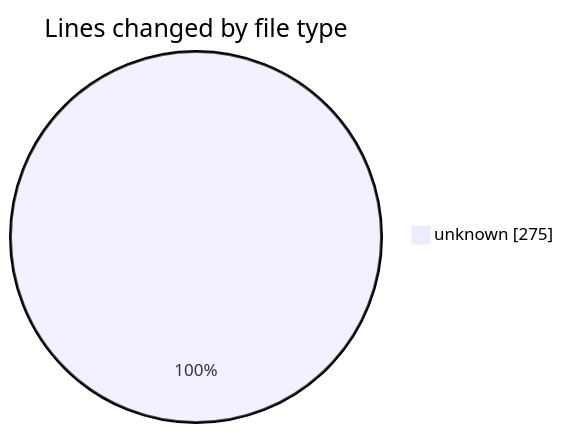
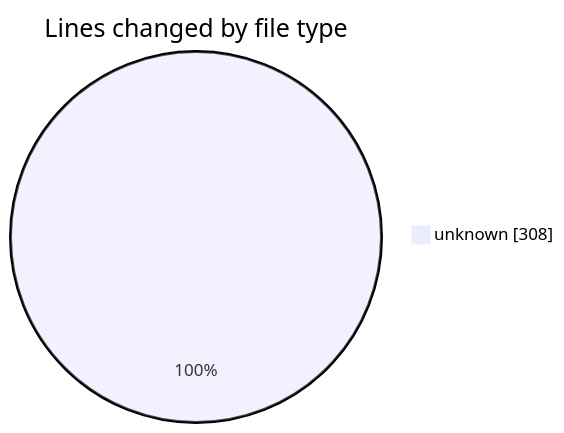
The first of 2 diagrams in 2025-06-13/ecodeli-1/README.md (CELIANVF/code-tracking), drawn with Mermaid before and after one commit. The commit also changed other lines of this file and 1 other file, not shown here.

````diff
--- a/2025-06-13/ecodeli-1/README.md
+++ b/2025-06-13/ecodeli-1/README.md
@@ -20,5 +21,5 @@
 ```mermaid
 pie showData
 title Lines changed by file type
-"unknown" : 275
+"unknown" : 308
 ```
````
